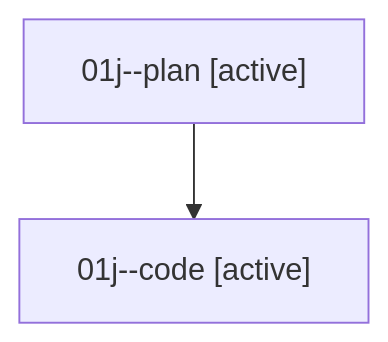
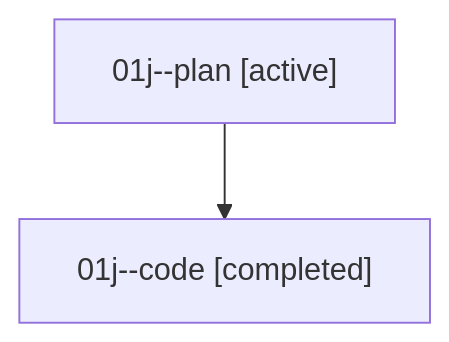
Before and after one commit to sase-org/sase--agents: the diagram in families/bbugyi200.athena.01j.md, drawn with Mermaid. The commit also changed other lines of this file and 35830 other files, not shown here.

````diff
--- a/families/bbugyi200.athena.01j.md
+++ b/families/bbugyi200.athena.01j.md
@@ -9,6 +9,6 @@
 ```mermaid
 flowchart TD
   n0["01j--plan [active]"]
-  n1["01j--code [active]"]
+  n1["01j--code [completed]"]
   n0 --> n1
 ```
````
